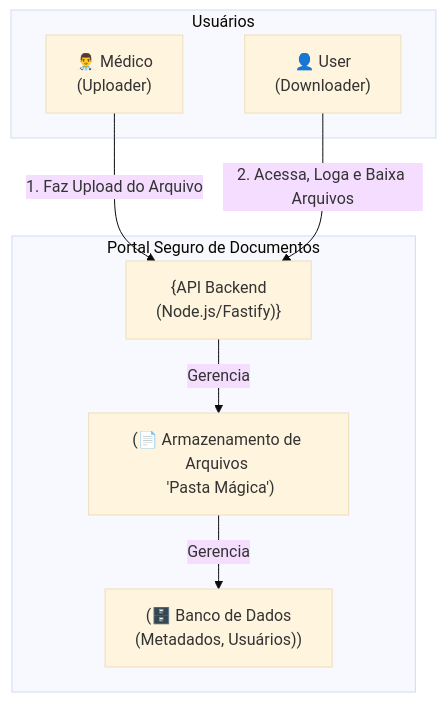
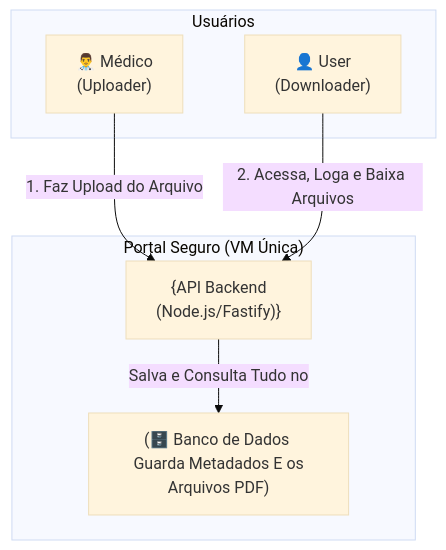
The diagram in docs/data-flow.md (CAFFD/prontuario-saude), drawn with Mermaid (base theme) before and after one commit. The commit also changed other lines of this file, not shown here.

First line of the commit message:
Update data-flow.md

````diff
--- a/docs/data-flow.md
+++ b/docs/data-flow.md
@@ -6,19 +6,17 @@
 ``` mermaid
 graph TD
     subgraph "Usuários"
         A["👨‍⚕️ Médico <br> (Uploader)"]
         B["👤 User <br> (Downloader)"]
     end
 
-    subgraph "Portal Seguro de Documentos"
+    subgraph "Portal Seguro (VM Única)"
         C["{API Backend <br> (Node.js/Fastify)}"]
-        D["(🗄️ Banco de Dados <br> (Metadados, Usuários))"]
-        E["(📄 Armazenamento de Arquivos <br> 'Pasta Mágica')"]
+        D["(🗄️ Banco de Dados <br> Guarda Metadados E os Arquivos PDF)"]
     end
 
     A -- 1. Faz Upload do Arquivo --> C
     B -- 2. Acessa, Loga e Baixa Arquivos --> C
     
-    E -- Gerencia --> D
-    C -- Gerencia --> E
+    C -- Salva e Consulta Tudo no --> D
 ```
````
